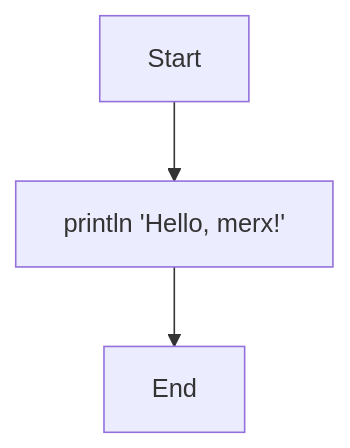
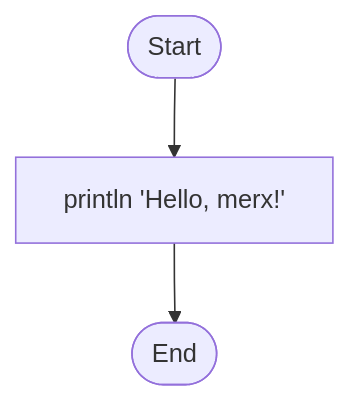
One commit to koki-develop/merx changed the diagram in examples/hello.mmd. Above: the diagram before and after it, drawn with Mermaid. The commit also changed 8 other files, not shown here.

```diff
--- a/examples/hello.mmd
+++ b/examples/hello.mmd
@@ -1,3 +1,3 @@
 flowchart TD
-    Start --> A[println 'Hello, merx!']
-    A --> End
+    Start([Start]) --> A[println 'Hello, merx!']
+    A --> End([End])
```
